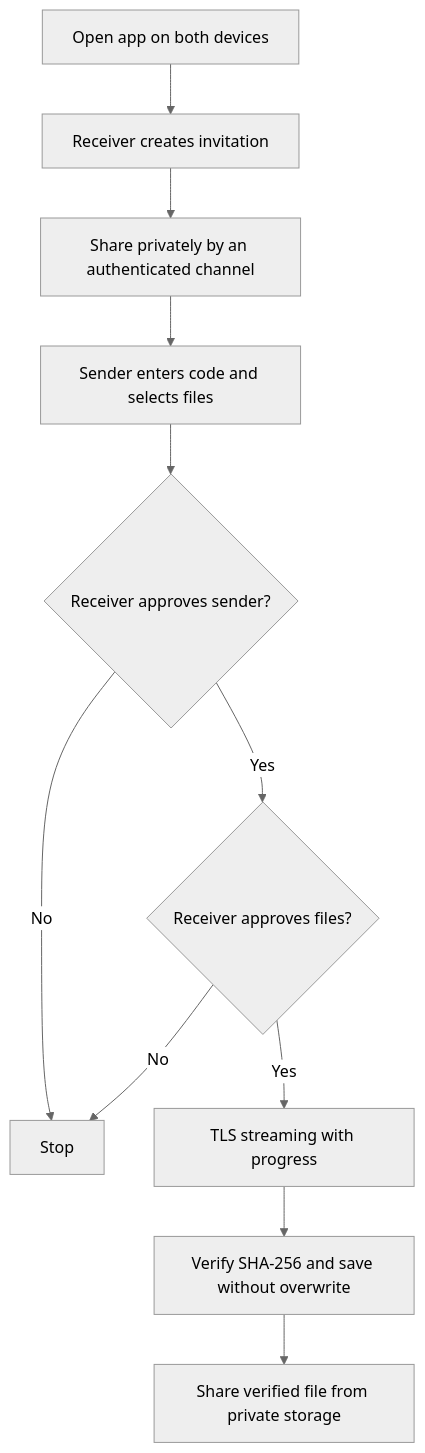
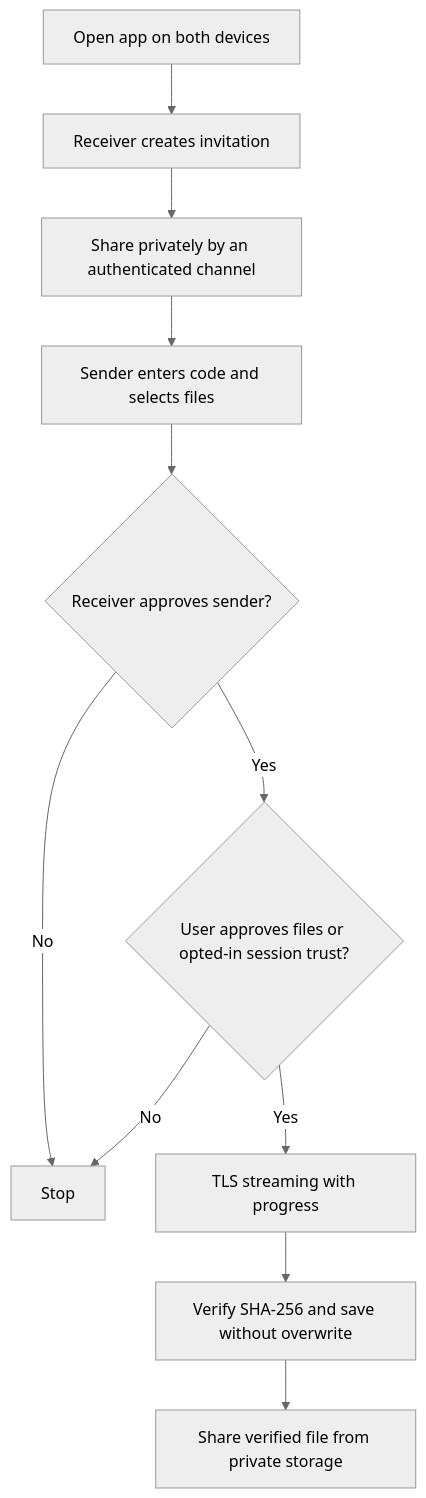
One commit to godrich-hk/netconnect changed the second of 2 diagrams in docs/ARCHITECTURE.md. Above: the diagram before and after it, drawn with Mermaid (neutral theme). The commit also changed other lines of this file and 4 other files, not shown here.

````diff
--- a/docs/ARCHITECTURE.md
+++ b/docs/ARCHITECTURE.md
@@ -22,13 +23,13 @@
 ```mermaid
 flowchart TD
  START["Open app on both devices"] --> CODE["Receiver creates invitation"]
  CODE --> SHARE["Share privately by an authenticated channel"]
  SHARE --> ENTER["Sender enters code and selects files"]
  ENTER --> PAIR{"Receiver approves sender?"}
  PAIR -- No --> REJECT["Stop"]
- PAIR -- Yes --> OFFER{"Receiver approves files?"}
+ PAIR -- Yes --> OFFER{"User approves files or opted-in session trust?"}
  OFFER -- No --> REJECT
  OFFER -- Yes --> STREAM["TLS streaming with progress"]
  STREAM --> VERIFY["Verify SHA-256 and save without overwrite"]
  VERIFY --> DONE["Share verified file from private storage"]
 ```
````
